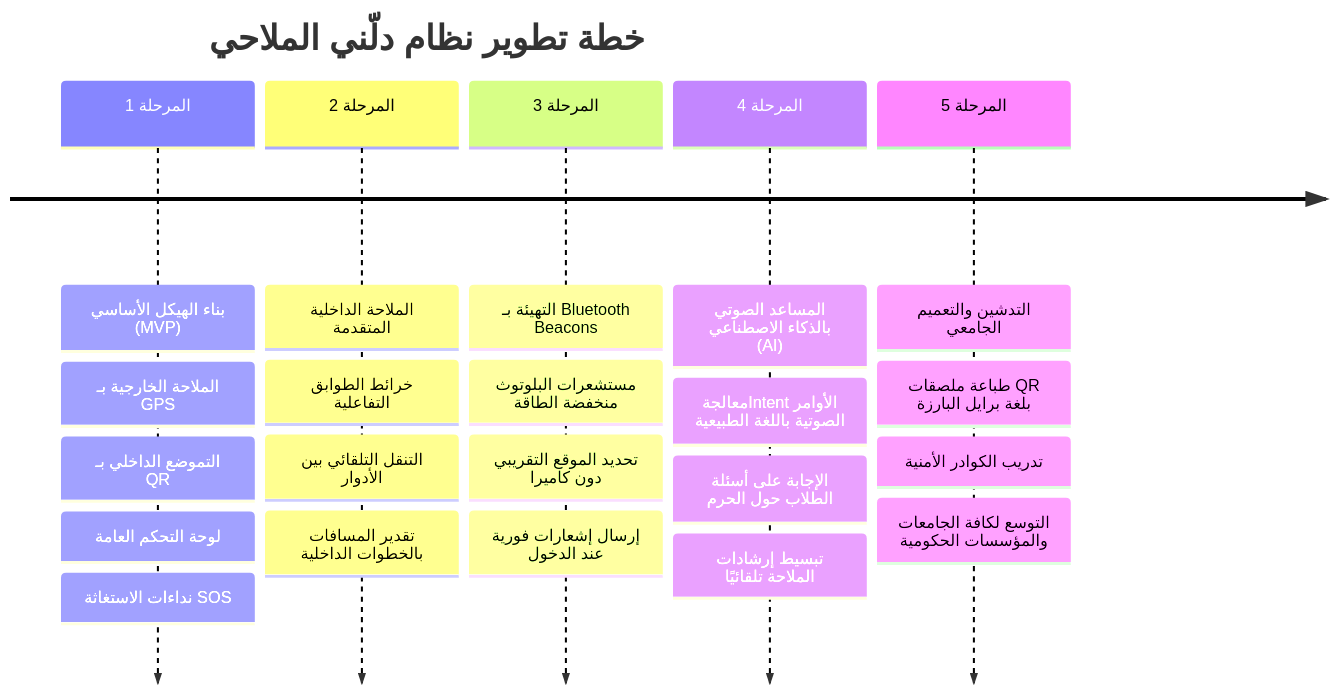
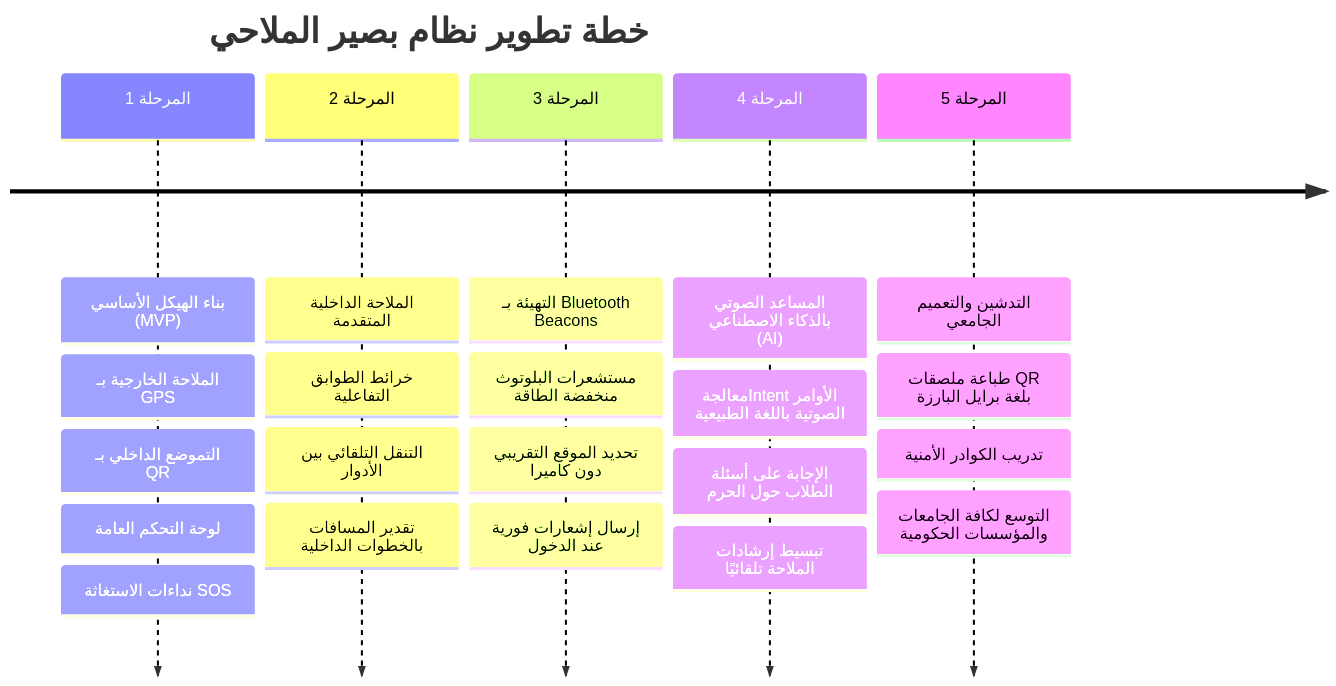
The diagram in docs/ROADMAP.md (skr889923-sys/Baser), drawn with Mermaid before and after one commit. The commit also changed other lines of this file and 26 other files, not shown here.

````diff
--- a/docs/ROADMAP.md
+++ b/docs/ROADMAP.md
@@ -9,9 +9,9 @@
 ```mermaid
 timeline
-    title خطة تطوير نظام دلّني الملاحي
+    title خطة تطوير نظام بصير الملاحي
     المرحلة 1 : بناء الهيكل الأساسي (MVP) : الملاحة الخارجية بـ GPS : التموضع الداخلي بـ QR : لوحة التحكم العامة : نداءات الاستغاثة SOS
     المرحلة 2 : الملاحة الداخلية المتقدمة : خرائط الطوابق التفاعلية : التنقل التلقائي بين الأدوار : تقدير المسافات بالخطوات الداخلية
     المرحلة 3 : التهيئة بـ Bluetooth Beacons : مستشعرات البلوتوث منخفضة الطاقة : تحديد الموقع التقريبي دون كاميرا : إرسال إشعارات فورية عند الدخول
     المرحلة 4 : المساعد الصوتي بالذكاء الاصطناعي (AI) : معالجةIntent الأوامر الصوتية باللغة الطبيعية : الإجابة على أسئلة الطلاب حول الحرم : تبسيط إرشادات الملاحة تلقائيًا
     المرحلة 5 : التدشين والتعميم الجامعي : طباعة ملصقات QR بلغة برايل البارزة : تدريب الكوادر الأمنية : التوسع لكافة الجامعات والمؤسسات الحكومية
 ```
````
